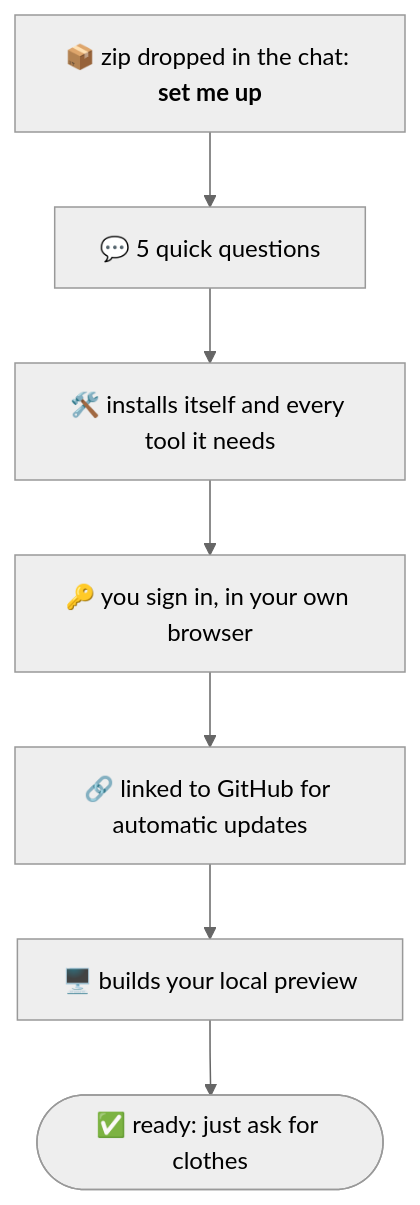
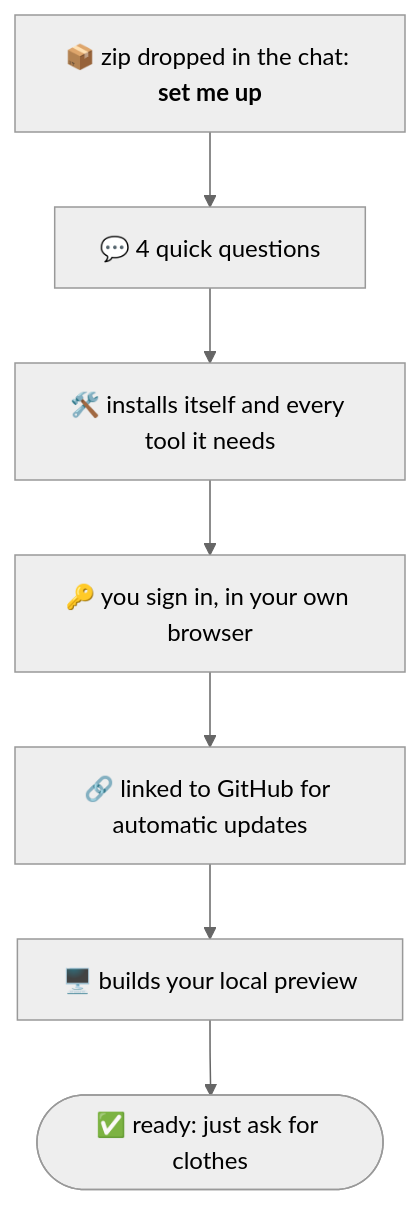
Before and after one commit to ImmortalWalrus/an-maker: the first of 2 diagrams in README.md, drawn with Mermaid (neutral theme). The commit also changed other lines of this file and 12 other files, not shown here.

````diff
--- a/README.md
+++ b/README.md
@@ -38,9 +38,9 @@
 ```mermaid
 flowchart TD
-    Z["📦 zip dropped in the chat: <b>set me up</b>"] --> Q["💬 5 quick questions"]
+    Z["📦 zip dropped in the chat: <b>set me up</b>"] --> Q["💬 4 quick questions"]
     Q --> I["🛠️ installs itself and every tool it needs"]
     I --> S["🔑 you sign in, in your own browser"]
     S --> L["🔗 linked to GitHub for automatic updates"]
     L --> P["🖥️ builds your local preview"]
     P --> R(["✅ ready: just ask for clothes"])
 ```
````
